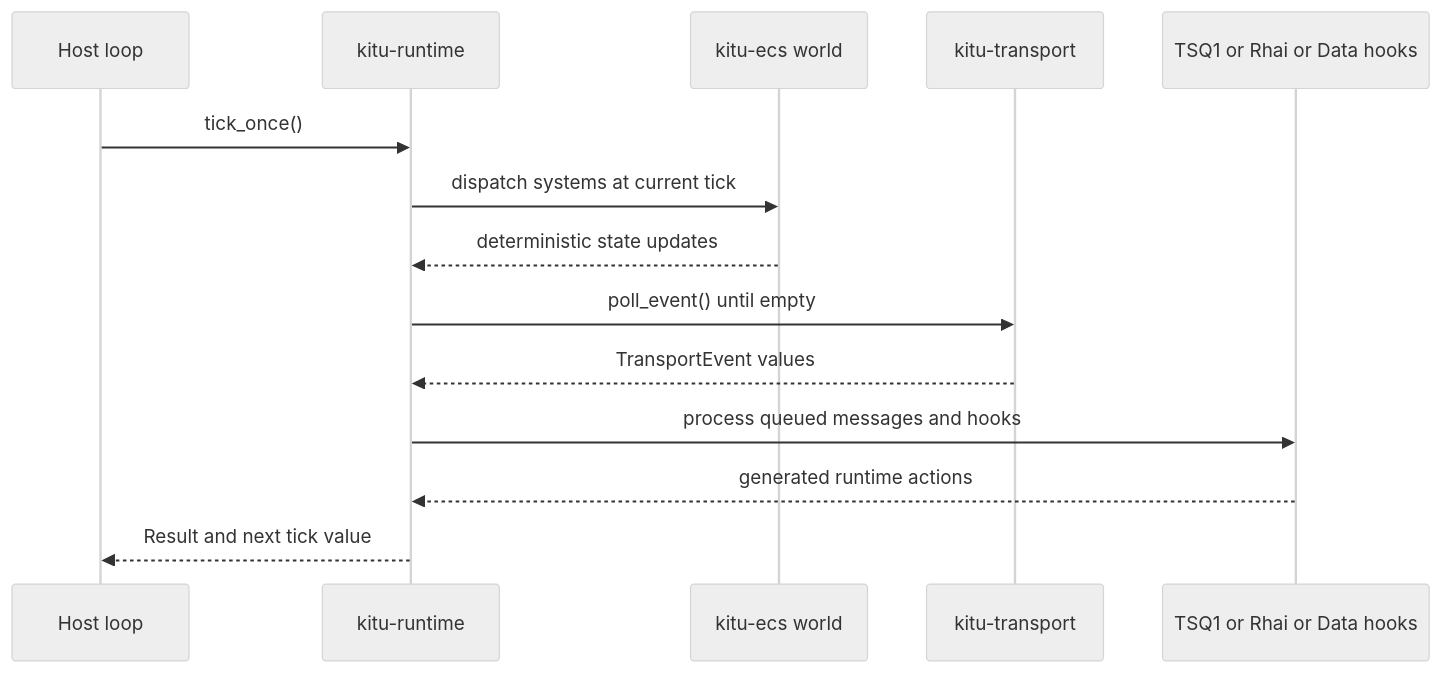
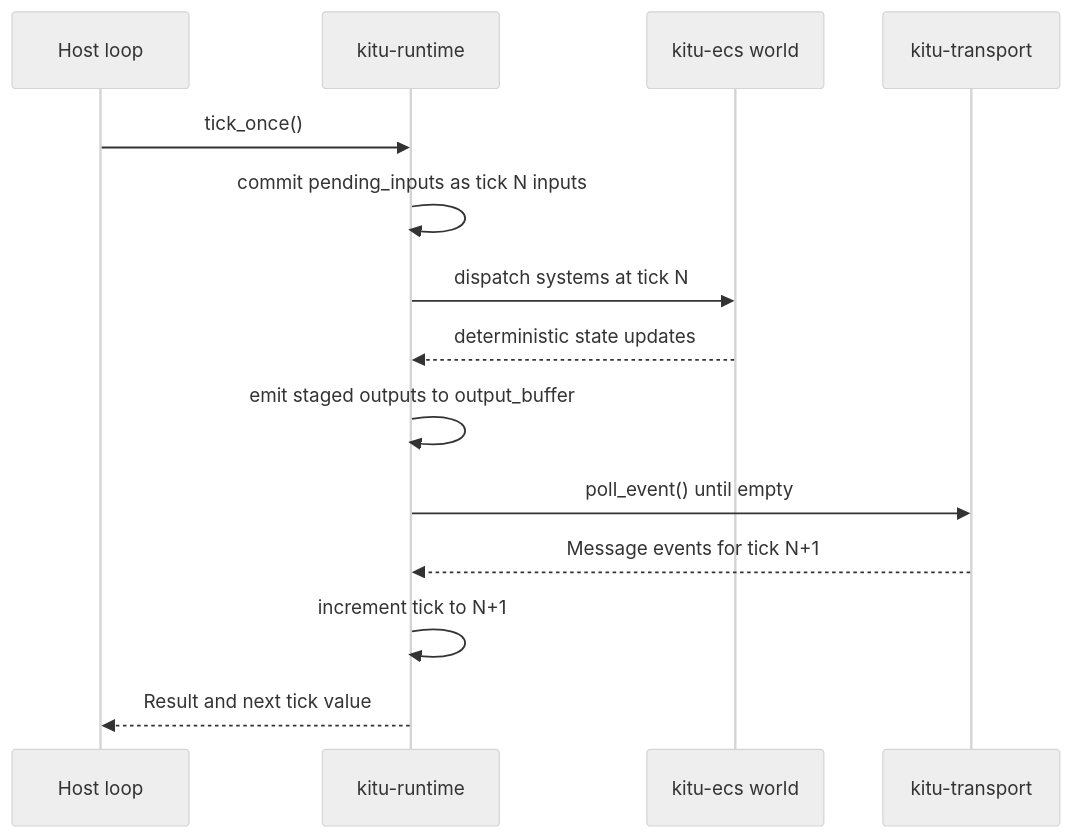
One commit to Nagitch/kitu-logic-processor changed the second of 5 diagrams in doc/architecture.md. Above: the diagram before and after it, drawn with Mermaid (neutral theme). The commit also changed other lines of this file and 6 other files, not shown here.

Commit message:
Define runtime execution contract and enforce tick phase order

````diff
--- a/doc/architecture.md
+++ b/doc/architecture.md
@@ -142,17 +144,17 @@
 ```mermaid
 sequenceDiagram
     participant Host as Host loop
     participant Runtime as kitu-runtime
     participant ECS as kitu-ecs world
     participant Transport as kitu-transport
-    participant Modules as TSQ1 or Rhai or Data hooks
 
     Host->>Runtime: tick_once()
-    Runtime->>ECS: dispatch systems at current tick
+    Runtime->>Runtime: commit pending_inputs as tick N inputs
+    Runtime->>ECS: dispatch systems at tick N
     ECS-->>Runtime: deterministic state updates
+    Runtime->>Runtime: emit staged outputs to output_buffer
     Runtime->>Transport: poll_event() until empty
-    Transport-->>Runtime: TransportEvent values
-    Runtime->>Modules: process queued messages and hooks
-    Modules-->>Runtime: generated runtime actions
+    Transport-->>Runtime: Message events for tick N+1
+    Runtime->>Runtime: increment tick to N+1
     Runtime-->>Host: Result and next tick value
 ```
````
